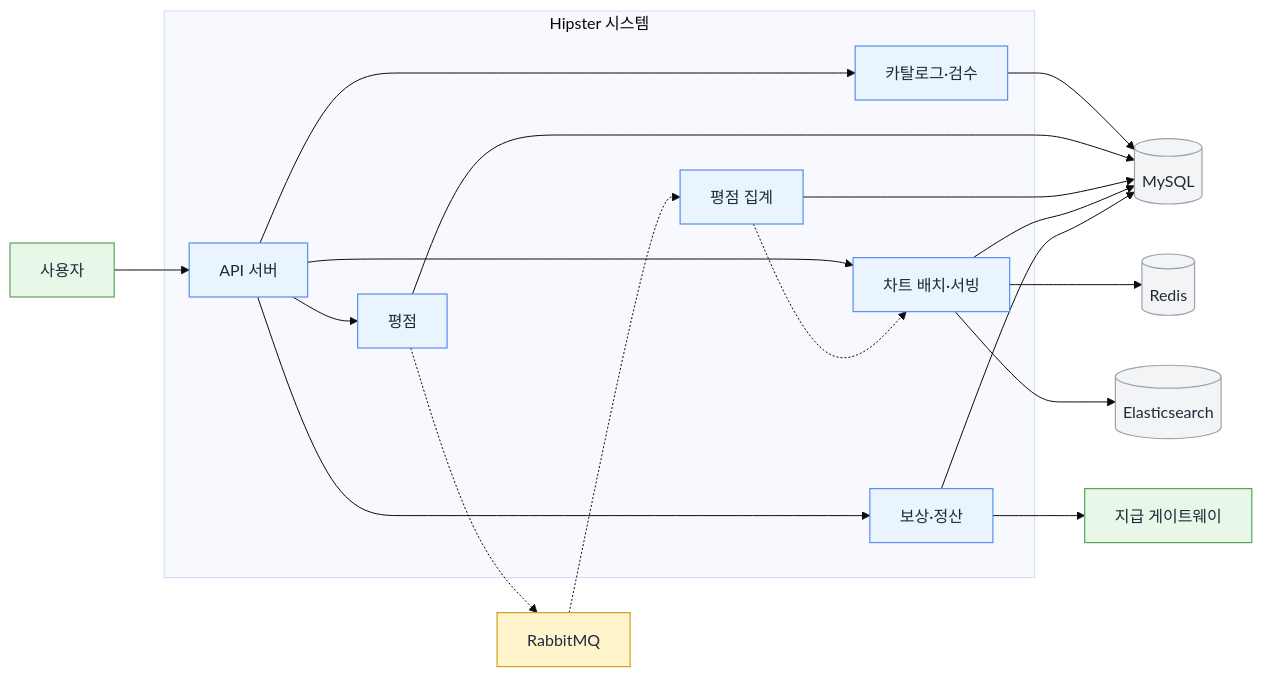
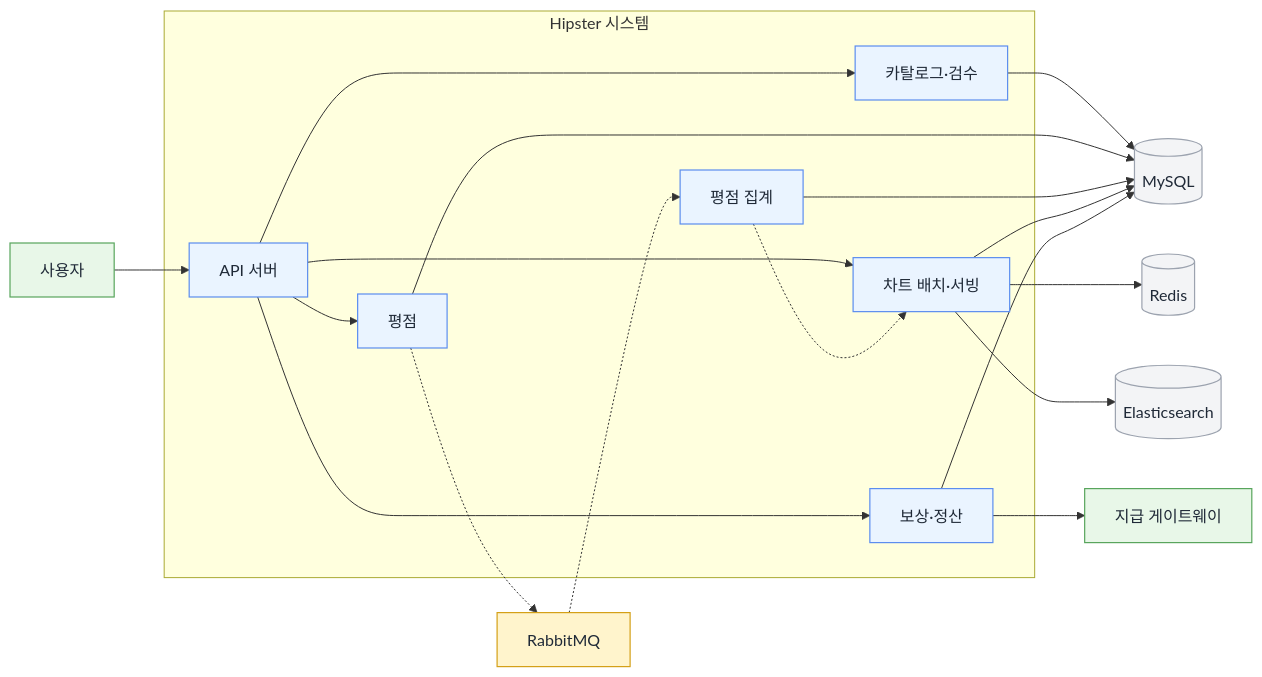
One commit to joohyeongzz81/hipster changed the first of 7 diagrams in README.md. Above: the diagram before and after it, drawn with Mermaid. The commit also changed other lines of this file, not shown here.

````diff
--- a/README.md
+++ b/README.md
@@ -19,50 +11,49 @@
 ```mermaid
-%%{init: {'theme':'base'}}%%
 flowchart LR
     U[사용자]
     DB[(MySQL)]
     MQ[RabbitMQ]
     CACHE[(Redis)]
     ES[(Elasticsearch)]
     PAY[지급 게이트웨이]
 
     subgraph SYS[Hipster 시스템]
         API[API 서버]
         CAT[카탈로그·검수]
         RATE[평점]
         SUM[평점 집계]
         CHART[차트 배치·서빙]
         MONEY[보상·정산]
     end
 
     U --> API
 
     API --> CAT
     API --> RATE
     API --> CHART
     API --> MONEY
 
     CAT --> DB
     RATE --> DB
     SUM --> DB
     CHART --> DB
     MONEY --> DB
 
     RATE -.-> MQ
     MQ -.-> SUM
     SUM -.-> CHART
 
     CHART --> CACHE
     CHART --> ES
     MONEY --> PAY
 
     classDef process fill:#eaf4ff,stroke:#5b8def,color:#1f2937,stroke-width:1.2px;
     classDef batch fill:#fff4cc,stroke:#d4a017,color:#1f2937,stroke-width:1.2px;
     classDef store fill:#f3f4f6,stroke:#9ca3af,color:#1f2937,stroke-width:1.2px;
     classDef external fill:#e8f7e8,stroke:#58a55c,color:#1f2937,stroke-width:1.2px;
 
     class API,CAT,RATE,SUM,CHART,MONEY process;
     class MQ batch;
     class DB,CACHE,ES store;
     class U,PAY external;
 ```
````
